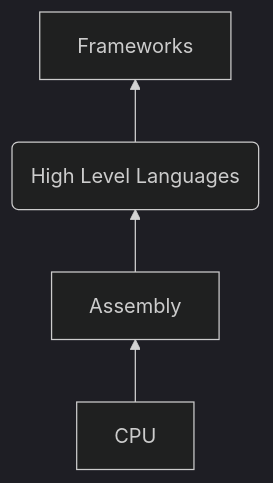
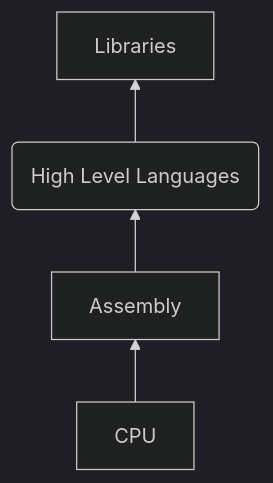
One commit to EkaanshArora/low-code-talk-deck changed the fourth of 5 diagrams in slides.md. Above: the diagram before and after it, drawn with Mermaid (dark theme). The commit also changed other lines of this file and 13 other files, not shown here.

````diff
--- a/slides.md
+++ b/slides.md
@@ -115,6 +102,6 @@
 ```mermaid {scale: 0.8}
 
 flowchart BT
-CPU --> Assembly --> id1(High Level Languages) --> Frameworks
+CPU --> Assembly --> id1(High Level Languages) --> Libraries
 
 ```
````
